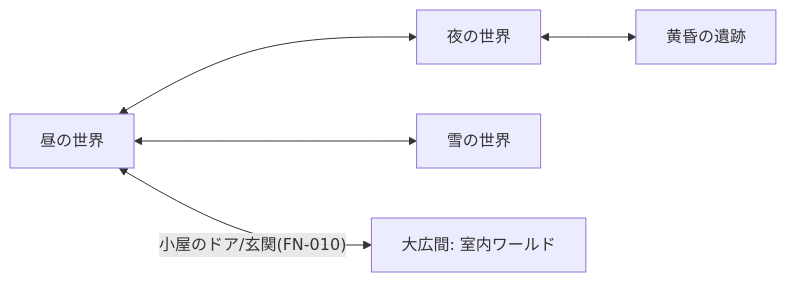
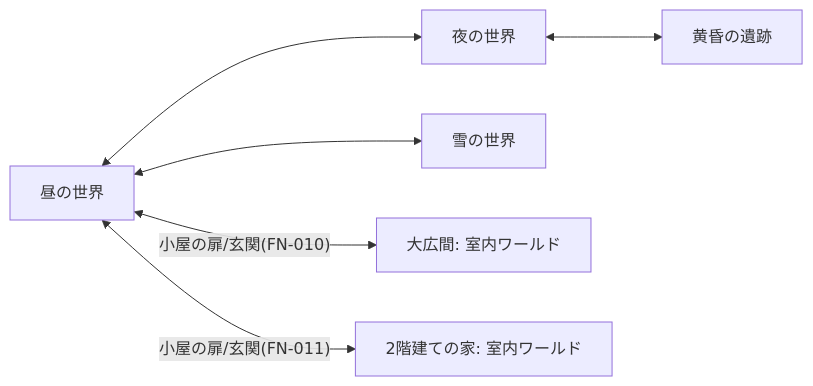
Before and after one commit to mo84dan5/potal-test-opus-4-8: the second of 2 diagrams in .bayes/spec/画面遷移図.md, drawn with Mermaid. The commit also changed 11 other files, not shown here.

````diff
--- a/.bayes/spec/画面遷移図.md
+++ b/.bayes/spec/画面遷移図.md
@@ -15,7 +15,8 @@
 ```mermaid
 flowchart LR
     day[昼の世界] <--> night[夜の世界]
     night <--> ruins[黄昏の遺跡]
     day <--> snow[雪の世界]
-    day <-- 小屋のドア/玄関(FN-010) --> hall[大広間: 室内ワールド]
+    day <-- 小屋の扉/玄関(FN-010) --> hall[大広間: 室内ワールド]
+    day <-- 小屋の扉/玄関(FN-011) --> twofloor[2階建ての家: 室内ワールド]
 ```
````
